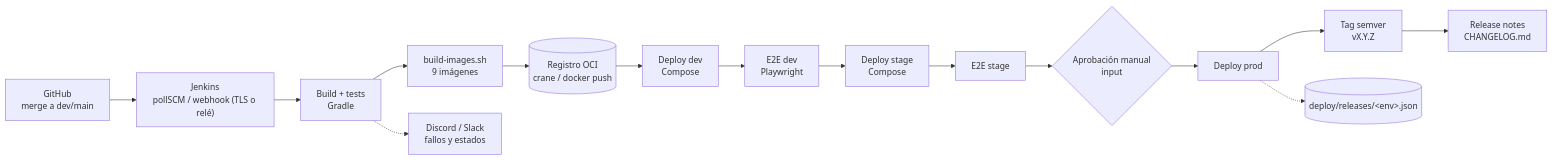
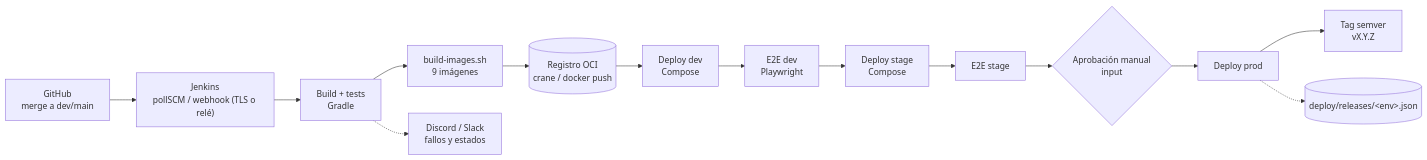
Before and after one commit to ingesoft5/circle-guard-finalproject_A00400179_A00399934_A00399492: the diagram in docs/arquitectura/pipeline-cd.md, drawn with Mermaid. The commit also changed other lines of this file and 16 other files, not shown here.

````diff
--- a/docs/arquitectura/pipeline-cd.md
+++ b/docs/arquitectura/pipeline-cd.md
@@ -6,17 +6,16 @@
 ```mermaid
 flowchart LR
     gh["GitHub<br/>merge a dev/main"] --> poll["Jenkins<br/>pollSCM / webhook (TLS o relé)"]
     poll --> test["Build + tests<br/>Gradle"]
     test --> img["build-images.sh<br/>9 imágenes"]
     img --> reg[("Registro OCI<br/>crane / docker push")]
     reg --> dev["Deploy dev<br/>Compose"]
     dev --> e2e1["E2E dev<br/>Playwright"]
     e2e1 --> stage["Deploy stage<br/>Compose"]
     stage --> e2e2["E2E stage"]
     e2e2 --> approve{"Aprobación manual<br/>input"}
     approve --> prod["Deploy prod"]
     prod --> tag["Tag semver<br/>vX.Y.Z"]
-    tag --> notes["Release notes<br/>CHANGELOG.md"]
     test -.-> notify["Discord / Slack<br/>fallos y estados"]
     prod -.-> trace[("deploy/releases/&lt;env&gt;.json")]
 ```
````
